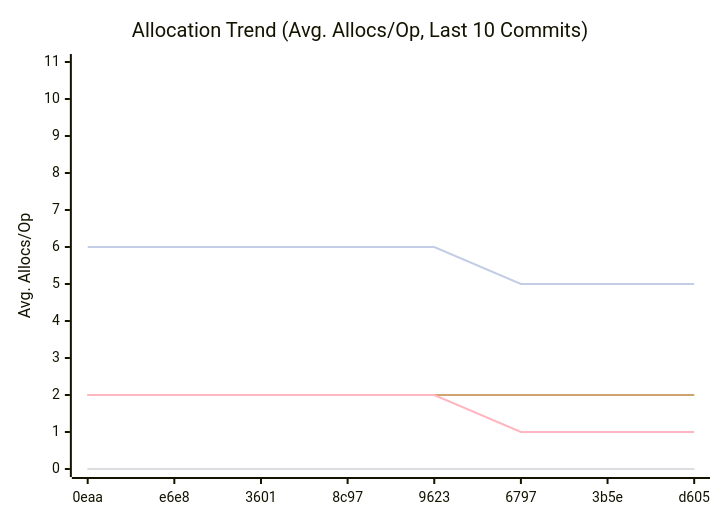
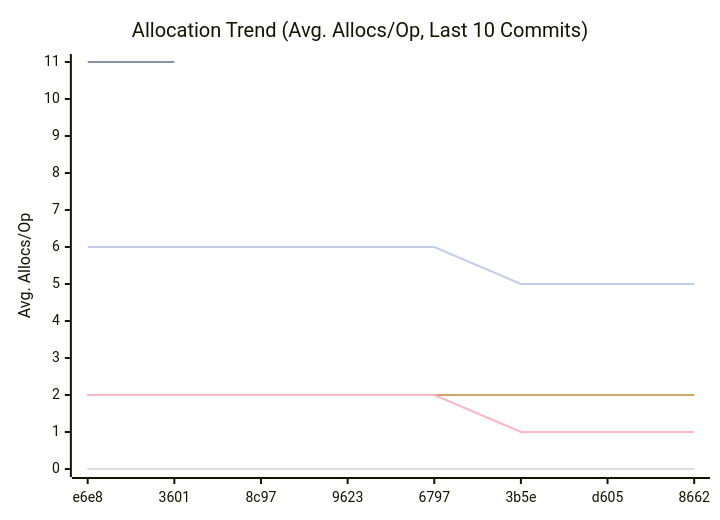
One commit to alsotoes/momo changed the third of 3 diagrams in docs/README.md. Above: the diagram before and after it, drawn with Mermaid. The commit also changed other lines of this file and 1 other file, not shown here.

````diff
--- a/docs/README.md
+++ b/docs/README.md
@@ -339,15 +339,15 @@
 ```mermaid
 xychart-beta
     title "Allocation Trend (Avg. Allocs/Op, Last 10 Commits)"
     x-axis "Commit"
     y-axis "Avg. Allocs/Op"
-    x-axis [0eaa,e6e8,3601,8c97,9623,6797,3b5e,d605]
+    x-axis [e6e8,3601,8c97,9623,6797,3b5e,d605,8662]
     line "CheckMetricsAndSwap" [0,0,0,0,0,0,0,0,0,0]
-    line "HashFile" [11]
+    line "HashFile" [11,11]
     line "IndexDirectTracking" [0,0,0,0,0,0,0,0,0,0]
     line "IndexSearch" [0,0,0,0,0,0,0,0,0,0]
     line "LoadGlobalConfig" [2,2,2,2,2,2,2,2,2,2]
     line "PadString" [2,2,2,2,2,2,2,2,2,2]
     line "ParseReplicationOrder_NoPrealloc" [6,6,6,6,6,5,5,5,5,5]
     line "ParseReplicationOrder_Prealloc" [2,2,2,2,2,1,1,1,1,1]
 ```
````
